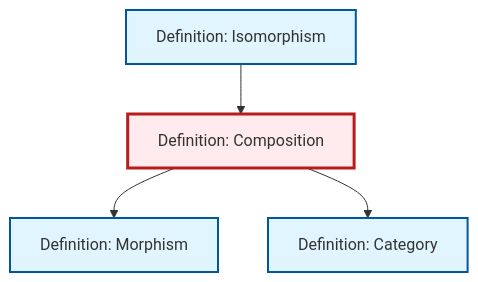
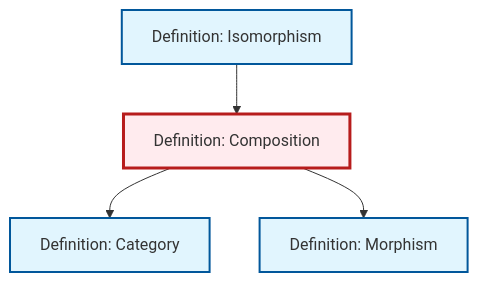
Before and after one commit to RK0429/ModernMath: the diagram in content/en/category-theory/def-composition.qmd, drawn with Mermaid. The commit also changed other lines of this file and 434 other files, not shown here.

````diff
--- a/content/en/category-theory/def-composition.qmd
+++ b/content/en/category-theory/def-composition.qmd
@@ -92,20 +92,20 @@
 ```{mermaid}
 %%| fig-cap: "Local dependency graph"
 graph TD
     classDef definition fill:#e1f5fe,stroke:#01579b,stroke-width:2px
     classDef theorem fill:#f3e5f5,stroke:#4a148c,stroke-width:2px
     classDef axiom fill:#fff3e0,stroke:#e65100,stroke-width:2px
     classDef example fill:#e8f5e9,stroke:#1b5e20,stroke-width:2px
     classDef current fill:#ffebee,stroke:#b71c1c,stroke-width:3px
-    def-category["Definition: Category"]:::definition
     def-morphism["Definition: Morphism"]:::definition
     def-isomorphism["Definition: Isomorphism"]:::definition
     def-composition["Definition: Composition"]:::definition
+    def-category["Definition: Category"]:::definition
+    def-isomorphism --> def-composition
+    def-composition --> def-category
     def-composition --> def-morphism
-    def-composition --> def-category
-    def-isomorphism --> def-composition
     class def-composition current
-    click def-category "def-category.html" "Go to Category definition"
     click def-morphism "def-morphism.html" "Go to Morphism definition"
     click def-isomorphism "def-isomorphism.html" "Go to Isomorphism definition"
+    click def-category "def-category.html" "Go to Category definition"
 ```
````
